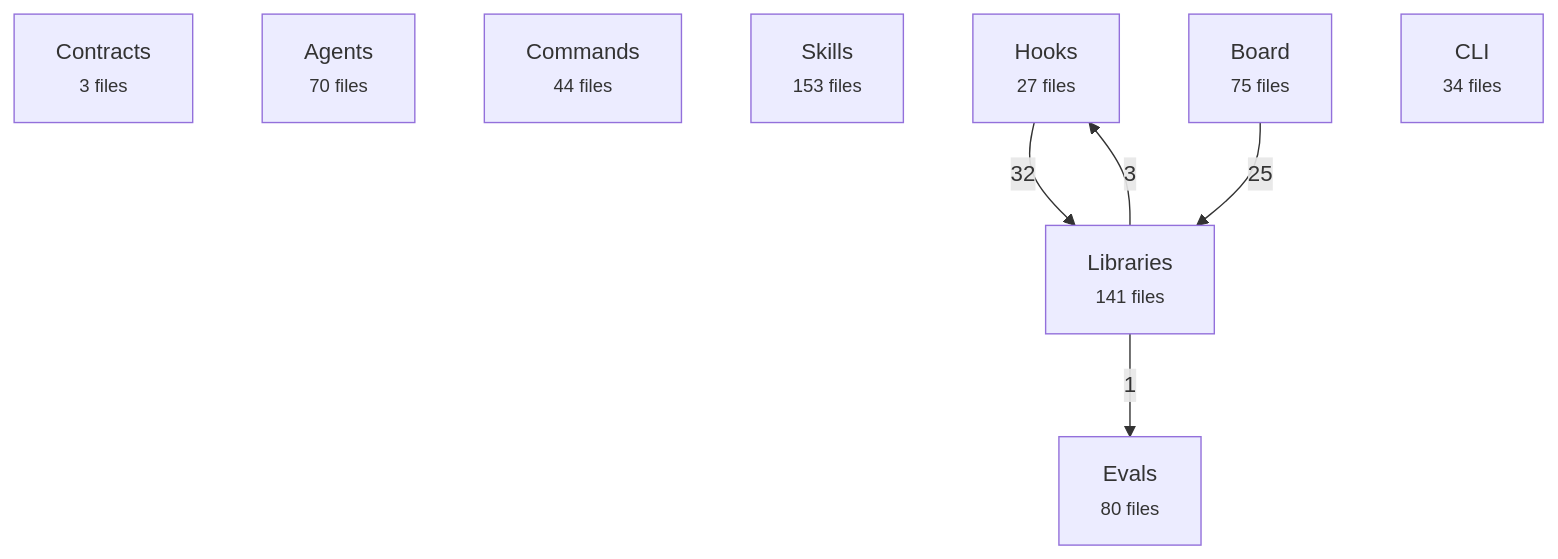
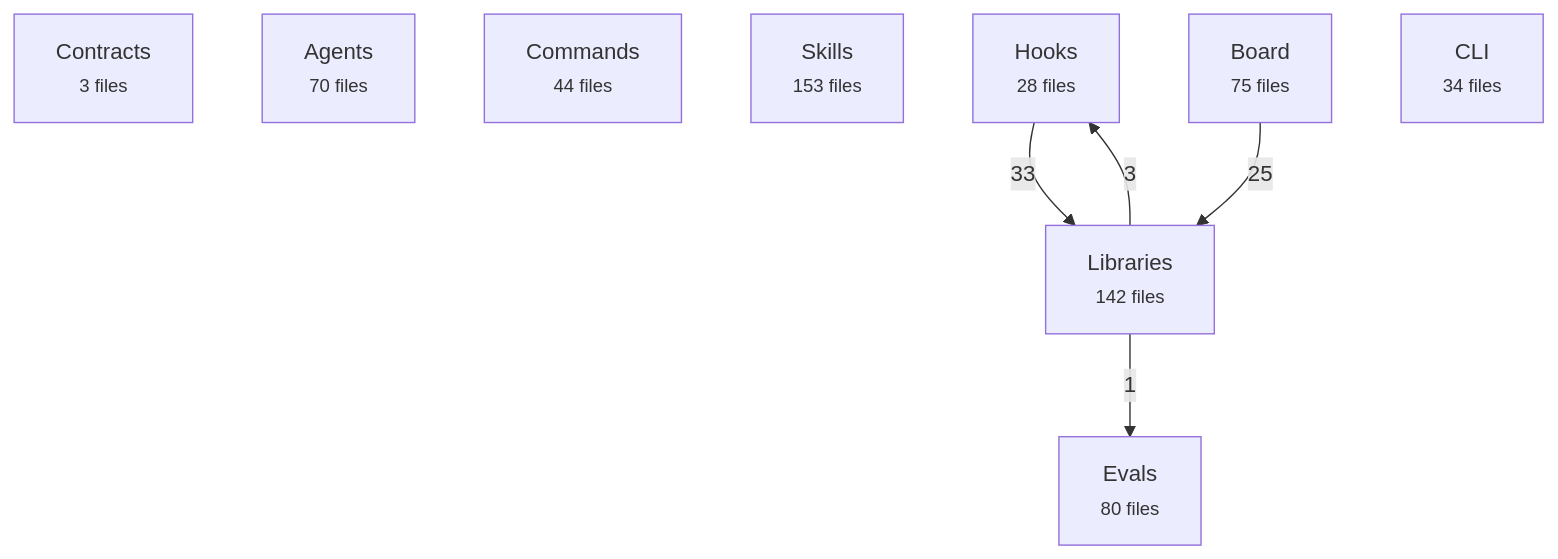
The first of 2 diagrams in docs/reference/architecture-map.md (avelikiy/great_cto), drawn with Mermaid before and after one commit. The commit also changed other lines of this file and 8 other files, not shown here.

````diff
--- a/docs/reference/architecture-map.md
+++ b/docs/reference/architecture-map.md
@@ -20,16 +20,16 @@
 ```mermaid
 flowchart TD
   contracts["Contracts<br/><small>3 files</small>"]
   agents["Agents<br/><small>70 files</small>"]
   commands["Commands<br/><small>44 files</small>"]
   skills["Skills<br/><small>153 files</small>"]
-  hooks["Hooks<br/><small>27 files</small>"]
-  libs["Libraries<br/><small>141 files</small>"]
+  hooks["Hooks<br/><small>28 files</small>"]
+  libs["Libraries<br/><small>142 files</small>"]
   board["Board<br/><small>75 files</small>"]
   cli["CLI<br/><small>34 files</small>"]
   evals["Evals<br/><small>80 files</small>"]
-  hooks -->|32| libs
+  hooks -->|33| libs
   board -->|25| libs
   libs -->|3| hooks
   libs -->|1| evals
 ```
````
